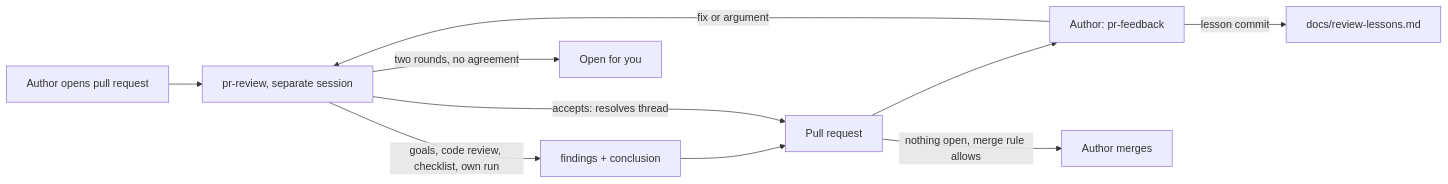
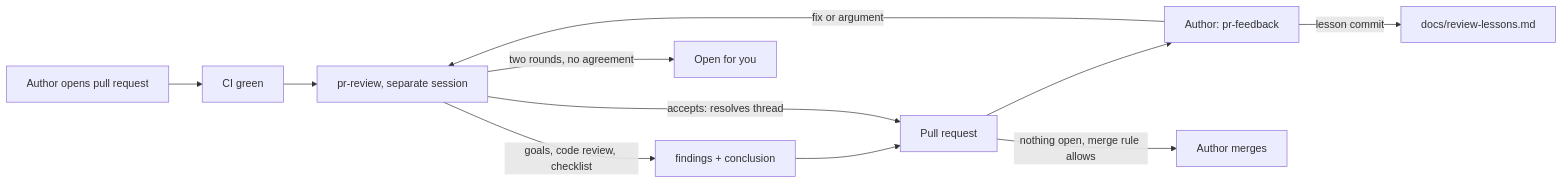
One commit to SMB-M87/Kinetra changed the diagram in .agents/skills/pr-review/README.md. Above: the diagram before and after it, drawn with Mermaid. The commit also changed other lines of this file and 7 other files, not shown here.

First line of the commit message:
docs(agents): the reviewer reviews code only, once CI is green

````diff
--- a/.agents/skills/pr-review/README.md
+++ b/.agents/skills/pr-review/README.md
@@ -31,12 +31,13 @@
 ```mermaid
 flowchart LR
-    A0[Author opens pull request] --> R[pr-review, separate session]
-    R -->|goals, code review, checklist, own run| F[findings + conclusion]
+    A0[Author opens pull request] --> CI[CI green]
+    CI --> R[pr-review, separate session]
+    R -->|goals, code review, checklist| F[findings + conclusion]
     F --> PR[Pull request]
     PR --> A[Author: pr-feedback]
     A -->|fix or argument| R
     R -->|accepts: resolves thread| PR
     R -->|two rounds, no agreement| U[Open for you]
     PR -->|nothing open, merge rule allows| M[Author merges]
     A -->|lesson commit| L[docs/review-lessons.md]
 ```
````
